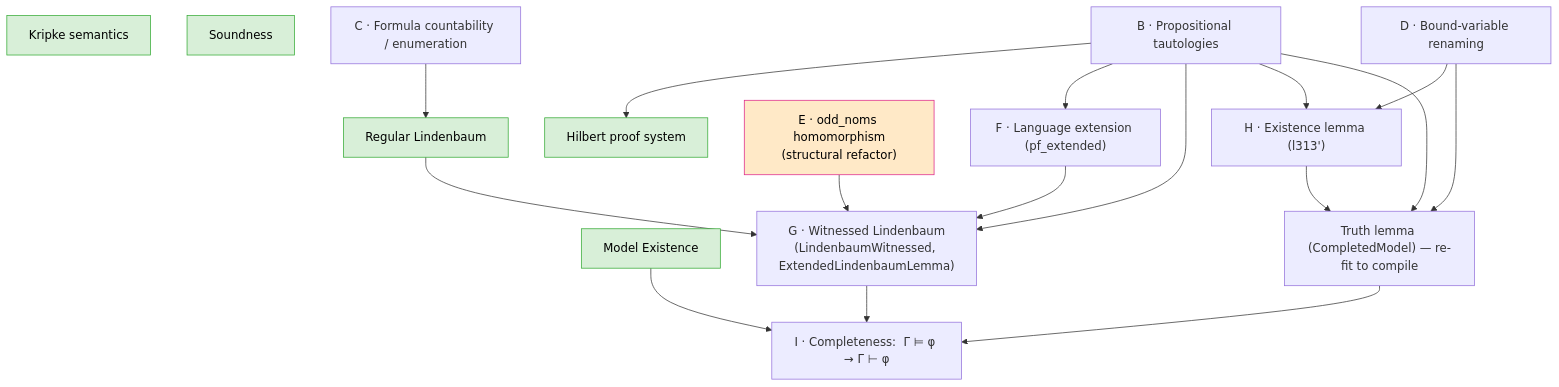
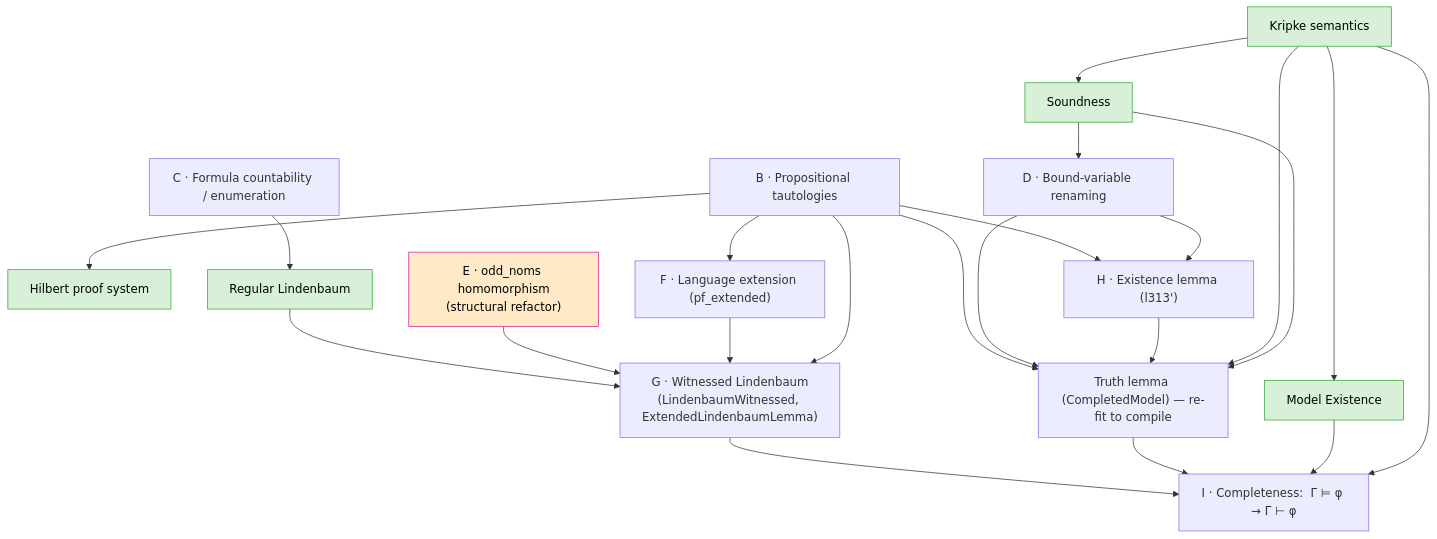
One commit to catskillsresearch/hybrid_logic_lean_revisited changed the diagram in arxiv.md. Above: the diagram before and after it, drawn with Mermaid. The commit also changed other lines of this file, not shown here.

Commit message:
Enhance arxiv.md by adding new dependencies in the flowchart and updating acknowledgments to include contributions from Anthropic Claude Opus 4.8, detailing its role in proof-repair and porting work. Also, added a new reference for Claude Opus 4.8 model documentation.

````diff
--- a/arxiv.md
+++ b/arxiv.md
@@ -175,37 +175,43 @@
 ```mermaid
 flowchart TD
     classDef done fill:#d8efd8,stroke:#3a3,color:#000;
     classDef crux fill:#ffe9c7,stroke:#d28,color:#000;
 
     SEM["Kripke semantics"]:::done
     PS["Hilbert proof system"]:::done
     SND["Soundness"]:::done
     RL["Regular Lindenbaum"]:::done
     ME["Model Existence"]:::done
 
     B["B · Propositional tautologies"]
     C["C · Formula countability / enumeration"]
     D["D · Bound-variable renaming"]
     E["E · odd_noms homomorphism<br/>(structural refactor)"]:::crux
     F["F · Language extension (pf_extended)"]
     G["G · Witnessed Lindenbaum<br/>(LindenbaumWitnessed, ExtendedLindenbaumLemma)"]
     TL["Truth lemma (CompletedModel) — re-fit to compile"]
     H["H · Existence lemma (l313')"]
     I["I · Completeness:  Γ ⊨ φ → Γ ⊢ φ"]
 
     B --> PS
     C --> RL
     RL --> G
     E --> G
     F --> G
     B --> F
     B --> G
     B --> H
     B --> TL
     D --> H
     D --> TL
     H --> TL
     G --> I
     TL --> I
     ME --> I
+    SEM --> SND
+    SEM --> ME
+    SEM --> TL
+    SEM --> I
+    SND --> D
+    SND --> TL
 ```
````
